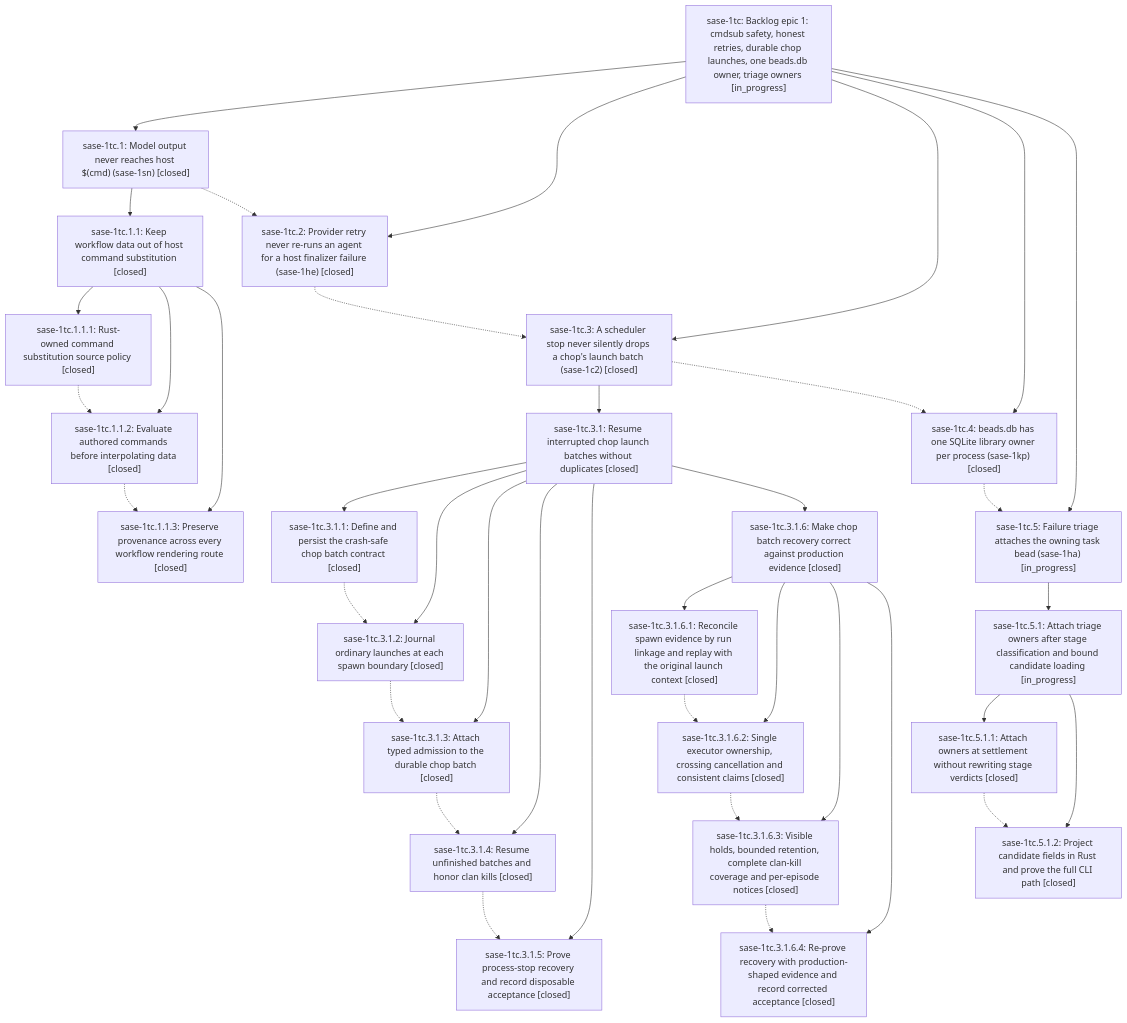
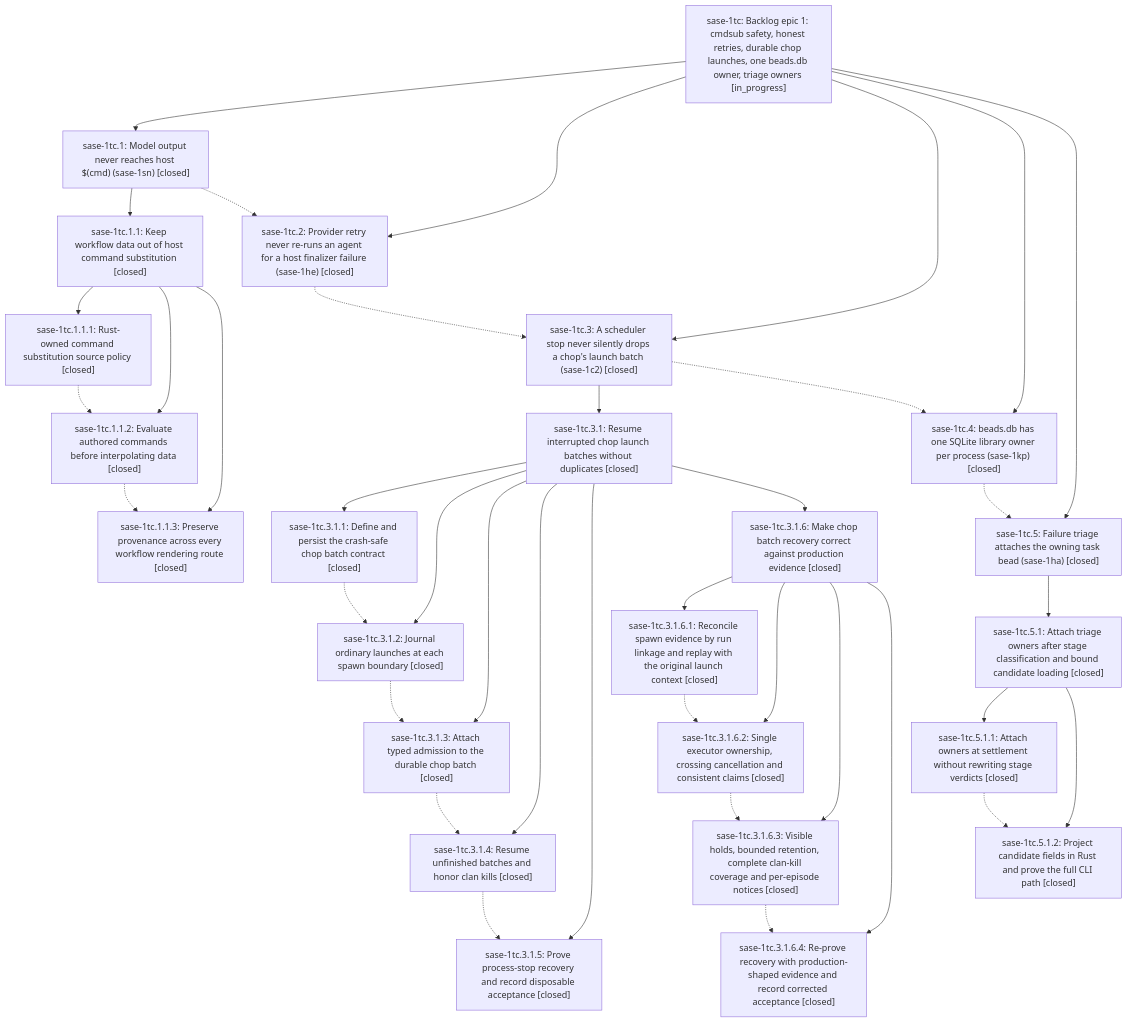
The diagram in pages/sase-1tc/README.md (sase-org/sase--beads), drawn with Mermaid before and after one commit. The commit also changed other lines of this file and 5 other files, not shown here.

First line of the commit message:
chore(beads): sync bead state and pages for sase-1tc

````diff
--- a/pages/sase-1tc/README.md
+++ b/pages/sase-1tc/README.md
@@ -48,64 +48,64 @@
 ```mermaid
 flowchart TD
     n0["sase-1tc: Backlog epic 1: cmdsub safety, honest retries, durable chop launches, one beads.db owner, triage owners [in_progress]"]
     n1["sase-1tc.1: Model output never reaches host $(cmd) (sase-1sn) [closed]"]
     n2["sase-1tc.1.1: Keep workflow data out of host command substitution [closed]"]
     n3["sase-1tc.1.1.1: Rust-owned command substitution source policy [closed]"]
     n4["sase-1tc.1.1.2: Evaluate authored commands before interpolating data [closed]"]
     n5["sase-1tc.1.1.3: Preserve provenance across every workflow rendering route [closed]"]
     n6["sase-1tc.2: Provider retry never re-runs an agent for a host finalizer failure (sase-1he) [closed]"]
     n7["sase-1tc.3: A scheduler stop never silently drops a chop's launch batch (sase-1c2) [closed]"]
     n8["sase-1tc.3.1: Resume interrupted chop launch batches without duplicates [closed]"]
     n9["sase-1tc.3.1.1: Define and persist the crash-safe chop batch contract [closed]"]
     n10["sase-1tc.3.1.2: Journal ordinary launches at each spawn boundary [closed]"]
     n11["sase-1tc.3.1.3: Attach typed admission to the durable chop batch [closed]"]
     n12["sase-1tc.3.1.4: Resume unfinished batches and honor clan kills [closed]"]
     n13["sase-1tc.3.1.5: Prove process-stop recovery and record disposable acceptance [closed]"]
     n14["sase-1tc.3.1.6: Make chop batch recovery correct against production evidence [closed]"]
     n15["sase-1tc.3.1.6.1: Reconcile spawn evidence by run linkage and replay with the original launch context [closed]"]
     n16["sase-1tc.3.1.6.2: Single executor ownership, crossing cancellation and consistent claims [closed]"]
     n17["sase-1tc.3.1.6.3: Visible holds, bounded retention, complete clan-kill coverage and per-episode notices [closed]"]
     n18["sase-1tc.3.1.6.4: Re-prove recovery with production-shaped evidence and record corrected acceptance [closed]"]
     n19["sase-1tc.4: beads.db has one SQLite library owner per process (sase-1kp) [closed]"]
-    n20["sase-1tc.5: Failure triage attaches the owning task bead (sase-1ha) [in_progress]"]
-    n21["sase-1tc.5.1: Attach triage owners after stage classification and bound candidate loading [in_progress]"]
+    n20["sase-1tc.5: Failure triage attaches the owning task bead (sase-1ha) [closed]"]
+    n21["sase-1tc.5.1: Attach triage owners after stage classification and bound candidate loading [closed]"]
     n22["sase-1tc.5.1.1: Attach owners at settlement without rewriting stage verdicts [closed]"]
     n23["sase-1tc.5.1.2: Project candidate fields in Rust and prove the full CLI path [closed]"]
     n0 --> n1
     n1 --> n2
     n2 --> n3
     n2 --> n4
     n2 --> n5
     n0 --> n6
     n0 --> n7
     n7 --> n8
     n8 --> n9
     n8 --> n10
     n8 --> n11
     n8 --> n12
     n8 --> n13
     n8 --> n14
     n14 --> n15
     n14 --> n16
     n14 --> n17
     n14 --> n18
     n0 --> n19
     n0 --> n20
     n20 --> n21
     n21 --> n22
     n21 --> n23
     n1 -.-> n6
     n3 -.-> n4
     n4 -.-> n5
     n6 -.-> n7
     n7 -.-> n19
     n9 -.-> n10
     n10 -.-> n11
     n11 -.-> n12
     n12 -.-> n13
     n15 -.-> n16
     n16 -.-> n17
     n17 -.-> n18
     n19 -.-> n20
     n22 -.-> n23
 ```
````
